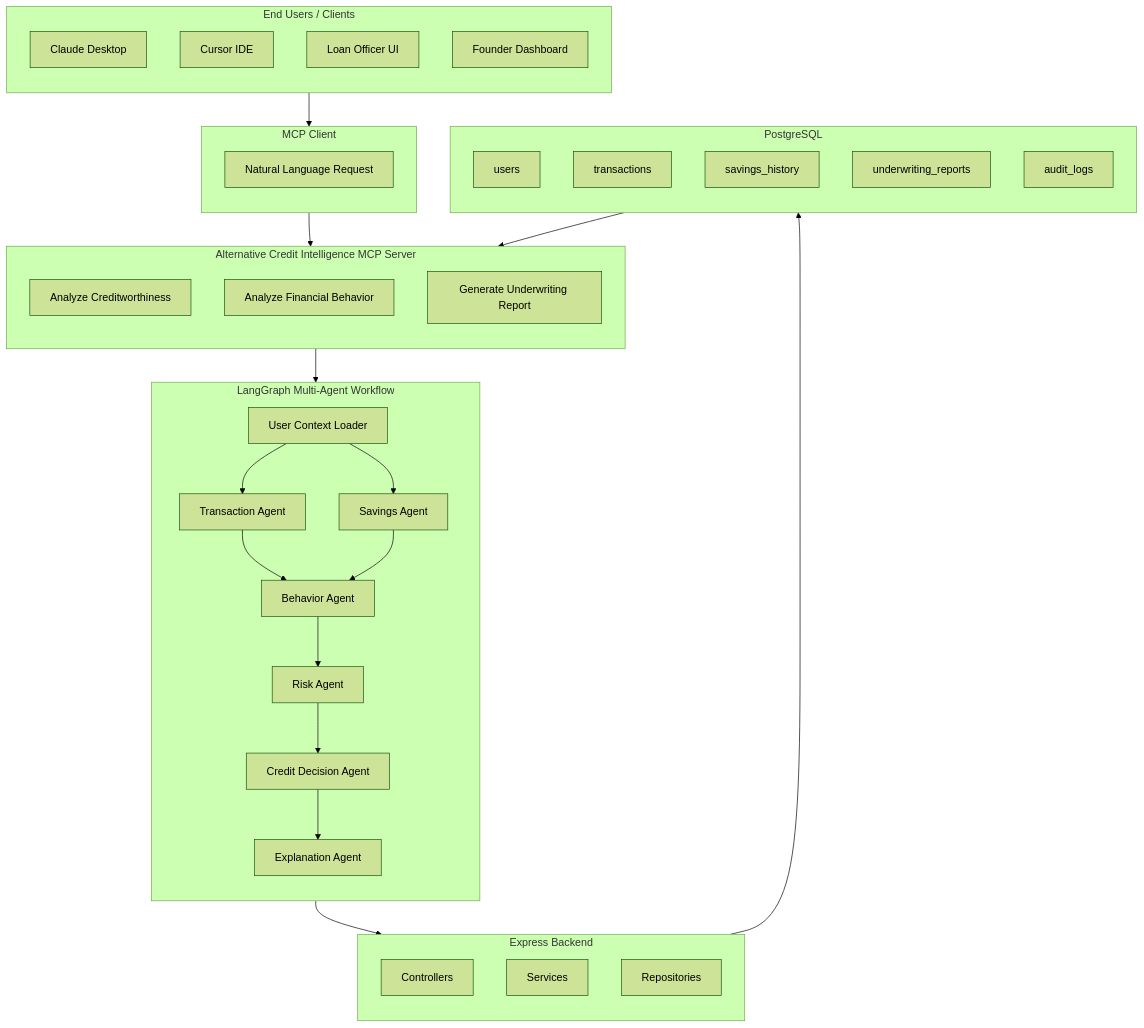
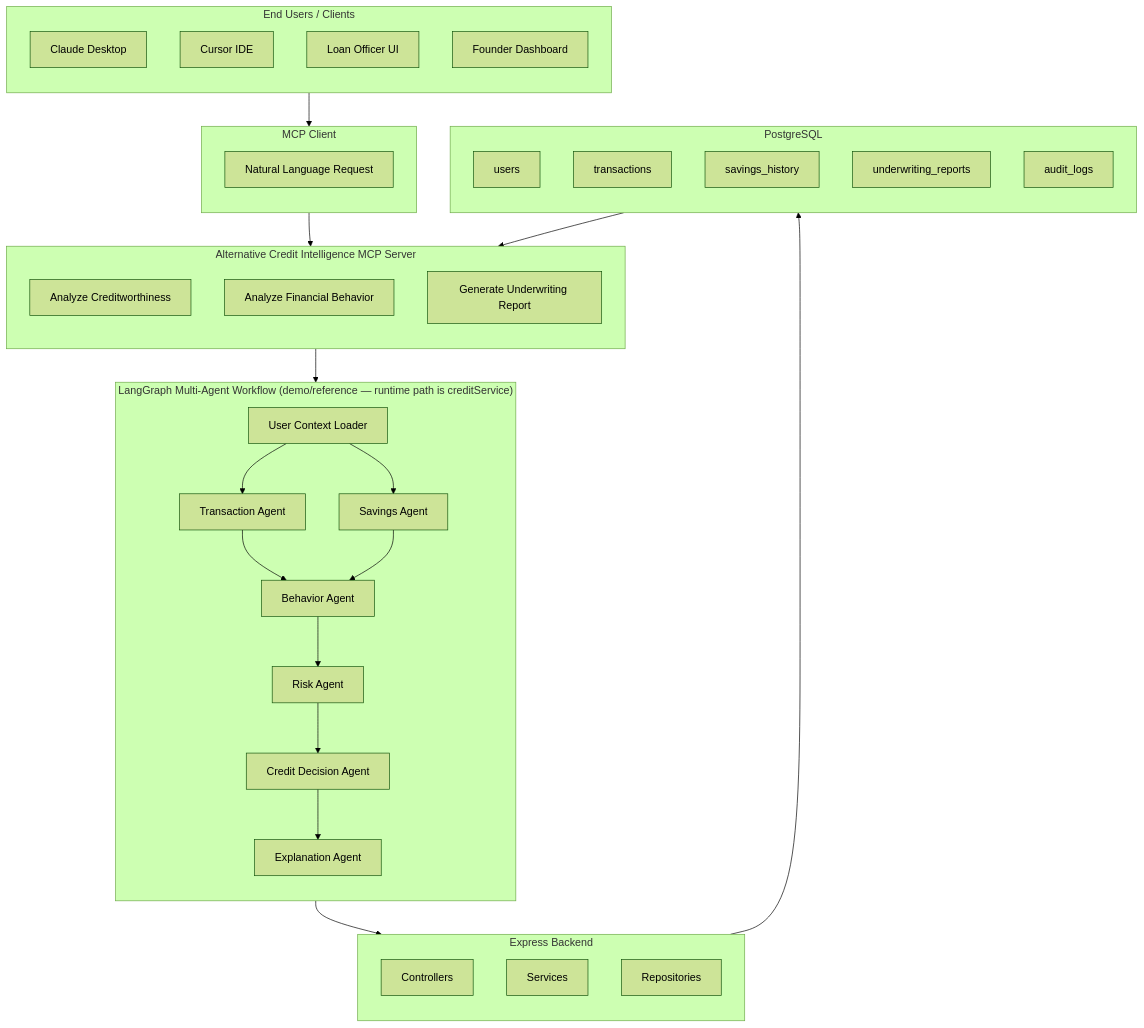
One commit to snowhypers/LoanRiskLens_MCP changed the first of 4 diagrams in README.md. Above: the diagram before and after it, drawn with Mermaid (forest theme). The commit also changed other lines of this file and 78 other files, not shown here.

```diff
--- a/README.md
+++ b/README.md
@@ -94,7 +94,7 @@
 T3["Generate Underwriting Report"]
 end
 
-subgraph GRAPH["LangGraph Multi-Agent Workflow"]
+subgraph GRAPH["LangGraph Multi-Agent Workflow (demo/reference — runtime path is creditService)"]
 
 direction TB
 
```
